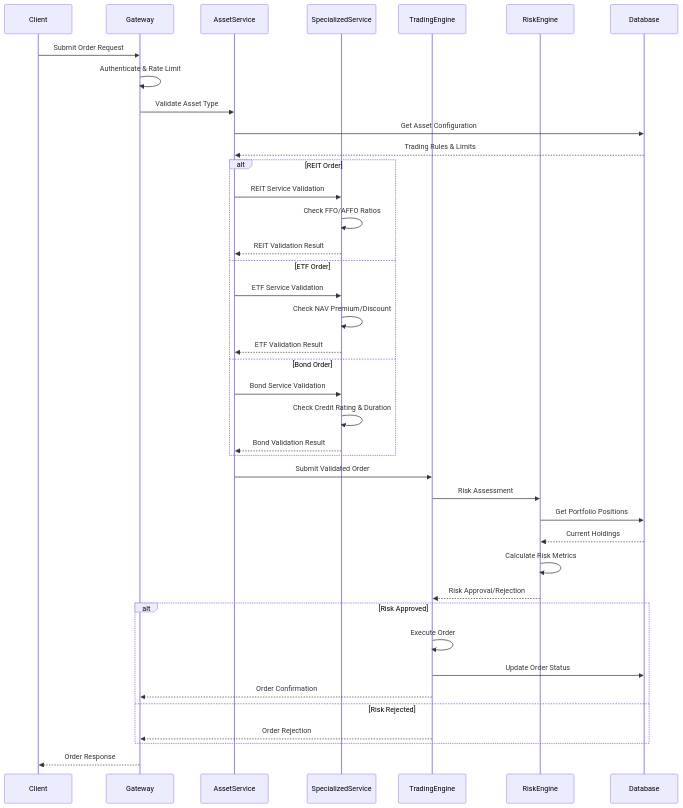
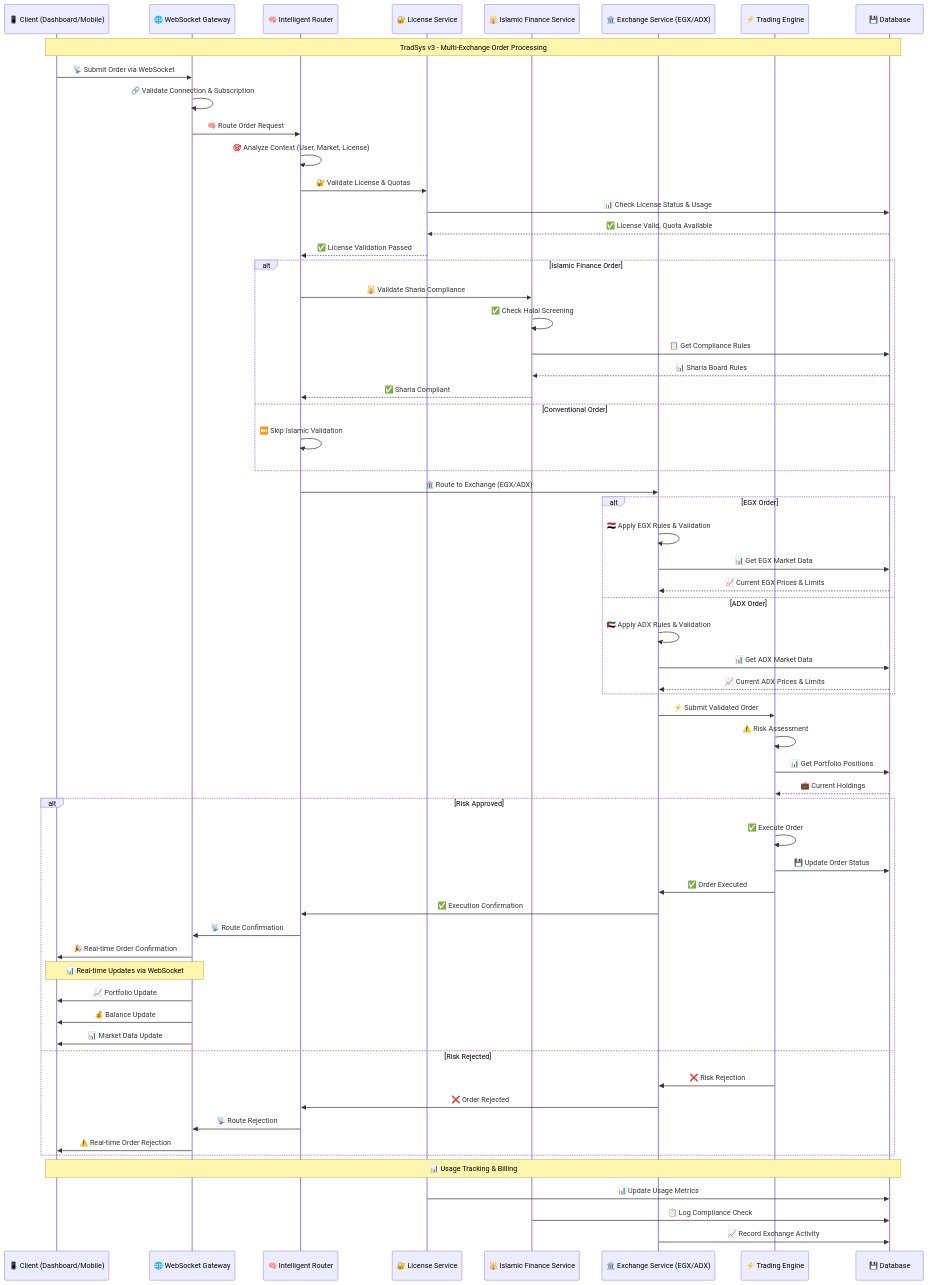
One commit to abdoElHodaky/tradSys changed the fourth of 11 diagrams in diagrams.md. Above: the diagram before and after it, drawn with Mermaid. The commit also changed other lines of this file and 1 other file, not shown here.

````diff
--- a/diagrams.md
+++ b/diagrams.md
@@ -202,47 +302,75 @@
 ```mermaid
 sequenceDiagram
-    participant Client
-    participant Gateway
-    participant AssetService
-    participant SpecializedService
-    participant TradingEngine
-    participant RiskEngine
-    participant Database
+    participant Client as 📱 Client (Dashboard/Mobile)
+    participant WSGateway as 🌐 WebSocket Gateway
+    participant Router as 🧠 Intelligent Router
+    participant LicenseService as 🔐 License Service
+    participant IslamicService as 🕌 Islamic Finance Service
+    participant ExchangeService as 🏛️ Exchange Service (EGX/ADX)
+    participant TradingEngine as ⚡ Trading Engine
+    participant Database as 💾 Database
     
-    Client->>Gateway: Submit Order Request
-    Gateway->>Gateway: Authenticate & Rate Limit
-    Gateway->>AssetService: Validate Asset Type
-    AssetService->>Database: Get Asset Configuration
-    Database-->>AssetService: Trading Rules & Limits
+    Note over Client,Database: TradSys v3 - Multi-Exchange Order Processing
     
-    alt REIT Order
-        AssetService->>SpecializedService: REIT Service Validation
-        SpecializedService->>SpecializedService: Check FFO/AFFO Ratios
-        SpecializedService-->>AssetService: REIT Validation Result
-    else ETF Order
-        AssetService->>SpecializedService: ETF Service Validation
-        SpecializedService->>SpecializedService: Check NAV Premium/Discount
-        SpecializedService-->>AssetService: ETF Validation Result
-    else Bond Order
-        AssetService->>SpecializedService: Bond Service Validation
-        SpecializedService->>SpecializedService: Check Credit Rating & Duration
-        SpecializedService-->>AssetService: Bond Validation Result
+    Client->>WSGateway: 📡 Submit Order via WebSocket
+    WSGateway->>WSGateway: 🔗 Validate Connection & Subscription
+    WSGateway->>Router: 🧠 Route Order Request
+    
+    Router->>Router: 🎯 Analyze Context (User, Market, License)
+    Router->>LicenseService: 🔐 Validate License & Quotas
+    LicenseService->>Database: 📊 Check License Status & Usage
+    Database-->>LicenseService: ✅ License Valid, Quota Available
+    LicenseService-->>Router: ✅ License Validation Passed
+    
+    alt Islamic Finance Order
+        Router->>IslamicService: 🕌 Validate Sharia Compliance
+        IslamicService->>IslamicService: ✅ Check Halal Screening
+        IslamicService->>Database: 📋 Get Compliance Rules
+        Database-->>IslamicService: 📊 Sharia Board Rules
+        IslamicService-->>Router: ✅ Sharia Compliant
+    else Conventional Order
+        Router->>Router: ⏭️ Skip Islamic Validation
     end
     
-    AssetService->>TradingEngine: Submit Validated Order
-    TradingEngine->>RiskEngine: Risk Assessment
-    RiskEngine->>Database: Get Portfolio Positions
-    Database-->>RiskEngine: Current Holdings
-    RiskEngine->>RiskEngine: Calculate Risk Metrics
-    RiskEngine-->>TradingEngine: Risk Approval/Rejection
+    Router->>ExchangeService: 🏛️ Route to Exchange (EGX/ADX)
+    
+    alt EGX Order
+        ExchangeService->>ExchangeService: 🇪🇬 Apply EGX Rules & Validation
+        ExchangeService->>Database: 📊 Get EGX Market Data
+        Database-->>ExchangeService: 📈 Current EGX Prices & Limits
+    else ADX Order
+        ExchangeService->>ExchangeService: 🇦🇪 Apply ADX Rules & Validation
+        ExchangeService->>Database: 📊 Get ADX Market Data
+        Database-->>ExchangeService: 📈 Current ADX Prices & Limits
+    end
+    
+    ExchangeService->>TradingEngine: ⚡ Submit Validated Order
+    TradingEngine->>TradingEngine: ⚠️ Risk Assessment
+    TradingEngine->>Database: 📊 Get Portfolio Positions
+    Database-->>TradingEngine: 💼 Current Holdings
     
     alt Risk Approved
-        TradingEngine->>TradingEngine: Execute Order
-        TradingEngine->>Database: Update Order Status
-        TradingEngine-->>Gateway: Order Confirmation
+        TradingEngine->>TradingEngine: ✅ Execute Order
+        TradingEngine->>Database: 💾 Update Order Status
+        TradingEngine->>ExchangeService: ✅ Order Executed
+        ExchangeService->>Router: ✅ Execution Confirmation
+        Router->>WSGateway: 📡 Route Confirmation
+        WSGateway->>Client: 🎉 Real-time Order Confirmation
+        
+        Note over WSGateway,Client: 📊 Real-time Updates via WebSocket
+        WSGateway->>Client: 📈 Portfolio Update
+        WSGateway->>Client: 💰 Balance Update
+        WSGateway->>Client: 📊 Market Data Update
+        
     else Risk Rejected
-        TradingEngine-->>Gateway: Order Rejection
+        TradingEngine->>ExchangeService: ❌ Risk Rejection
+        ExchangeService->>Router: ❌ Order Rejected
+        Router->>WSGateway: 📡 Route Rejection
+        WSGateway->>Client: ⚠️ Real-time Order Rejection
     end
     
-    Gateway-->>Client: Order Response
+    Note over Client,Database: 📊 Usage Tracking & Billing
+    LicenseService->>Database: 📊 Update Usage Metrics
+    IslamicService->>Database: 📋 Log Compliance Check
+    ExchangeService->>Database: 📈 Record Exchange Activity
 ```
````
